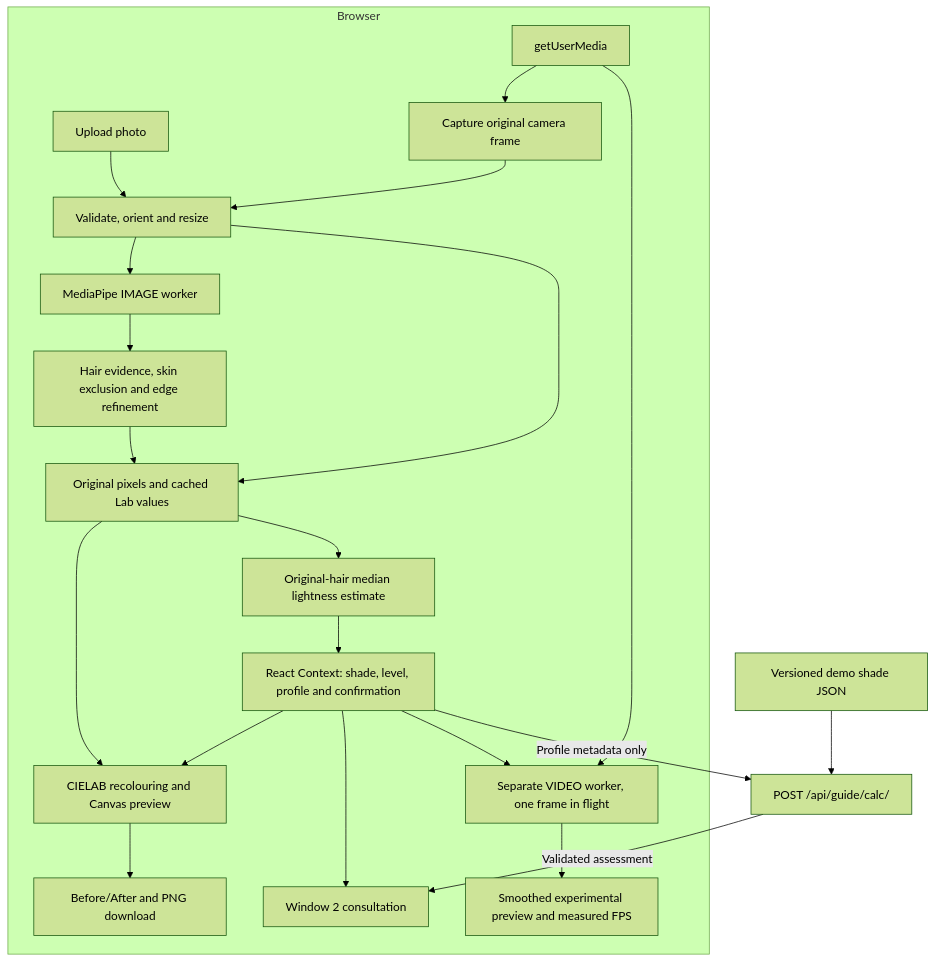
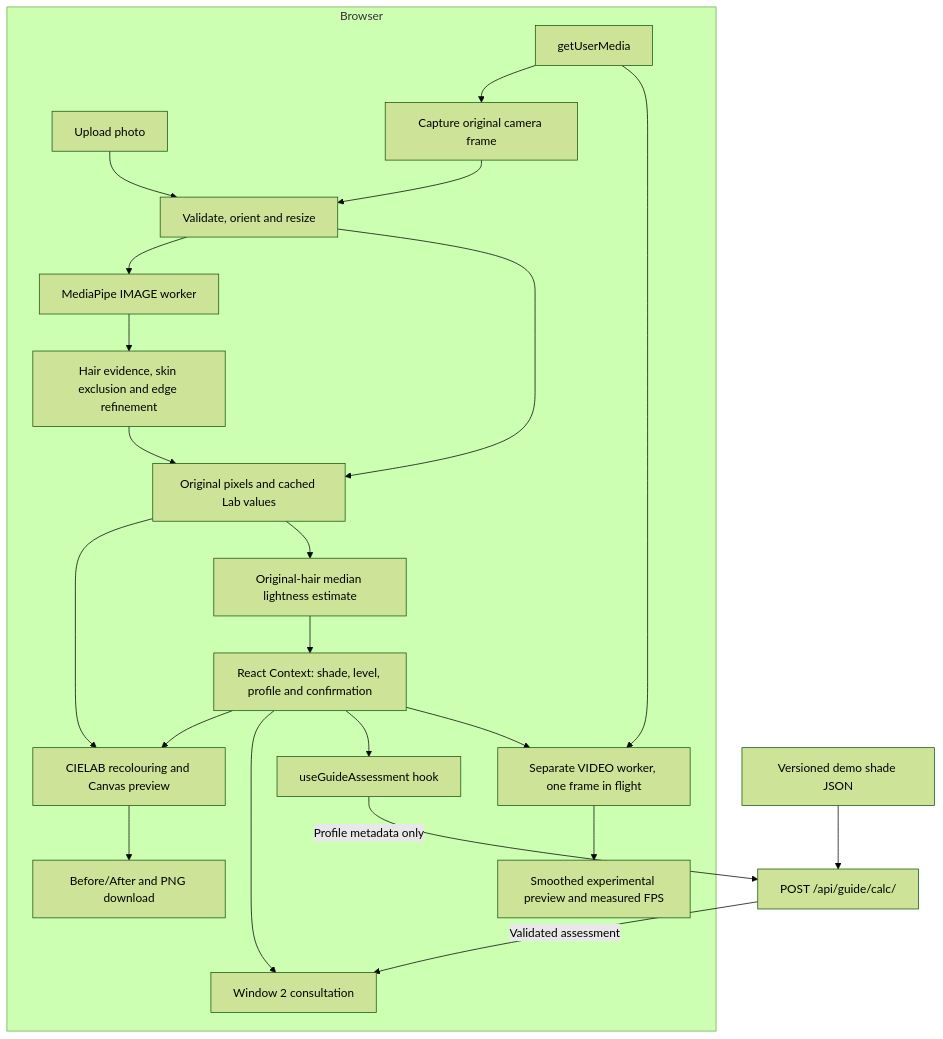
The diagram in albura-ai-demo/docs/ARCHITECTURE.md (syedowaisalishah/Al-Bura-Cosmetics-Demo), drawn with Mermaid (forest theme) before and after one commit. The commit also changed other lines of this file and 20 other files, not shown here.

Commit message:
Clarify consultation architecture and add interview walkthrough

````diff
--- a/albura-ai-demo/docs/ARCHITECTURE.md
+++ b/albura-ai-demo/docs/ARCHITECTURE.md
@@ -20,24 +23,25 @@
 ```mermaid
 flowchart TD
   subgraph Browser
     Upload[Upload photo] --> Prepare[Validate, orient and resize]
     Capture[Capture original camera frame] --> Prepare
     Prepare --> ImageWorker[MediaPipe IMAGE worker]
     ImageWorker --> Mask[Hair evidence, skin exclusion and edge refinement]
     Prepare --> Cache[Original pixels and cached Lab values]
     Mask --> Cache
     Cache --> Render[CIELAB recolouring and Canvas preview]
     Render --> Result[Before/After and PNG download]
     Cache --> Estimate[Original-hair median lightness estimate]
     Estimate --> Context[React Context: shade, level, profile and confirmation]
     Context --> Render
     Context --> Guide[Window 2 consultation]
+    Context --> GuideClient[useGuideAssessment hook]
     Camera[getUserMedia] --> Capture
     Camera --> Live[Separate VIDEO worker, one frame in flight]
     Live --> LiveResult[Smoothed experimental preview and measured FPS]
     Context --> Live
   end
-  Context -->|Profile metadata only| API[POST /api/guide/calc/]
+  GuideClient -->|Profile metadata only| API[POST /api/guide/calc/]
   JSON[Versioned demo shade JSON] --> API
   API -->|Validated assessment| Guide
 ```
````
